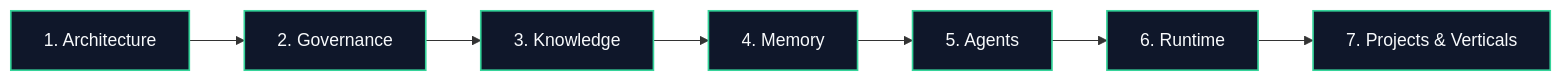
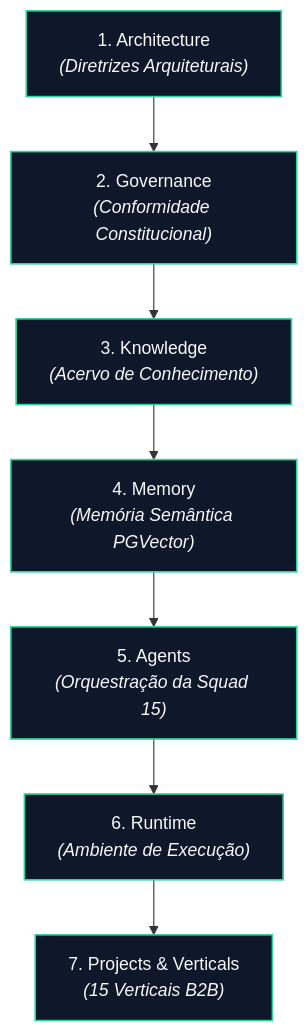
Before and after one commit to EnterDufter/PromptCoreLabs_AEOS: the second of 5 diagrams in governance/operating-model.md, drawn with Mermaid. The commit also changed other lines of this file and 1 other file, not shown here.

Commit message:
fix(legibility): estabelece padrao constitucional de legibilidade com min-width 650px, overflow-x auto no mobile e texto preto 11pt bold na impressao

````diff
--- a/governance/operating-model.md
+++ b/governance/operating-model.md
@@ -70,11 +70,11 @@
 ```mermaid
-graph LR
+graph TD
     classDef cap fill:#0f172a,stroke:#34d399,stroke-width:1.5px,color:#f8fafc;
 
-    C1["1. Architecture"]:::cap --> C2["2. Governance"]:::cap
-    C2 --> C3["3. Knowledge"]:::cap
-    C3 --> C4["4. Memory"]:::cap
-    C4 --> C5["5. Agents"]:::cap
-    C5 --> C6["6. Runtime"]:::cap
-    C6 --> C7["7. Projects & Verticals"]:::cap
+    C1["1. Architecture<br/><i>(Diretrizes Arquiteturais)</i>"]:::cap --> C2["2. Governance<br/><i>(Conformidade Constitucional)</i>"]:::cap
+    C2 --> C3["3. Knowledge<br/><i>(Acervo de Conhecimento)</i>"]:::cap
+    C3 --> C4["4. Memory<br/><i>(Memória Semântica PGVector)</i>"]:::cap
+    C4 --> C5["5. Agents<br/><i>(Orquestração da Squad 15)</i>"]:::cap
+    C5 --> C6["6. Runtime<br/><i>(Ambiente de Execução)</i>"]:::cap
+    C6 --> C7["7. Projects & Verticals<br/><i>(15 Verticais B2B)</i>"]:::cap
 ```
````
